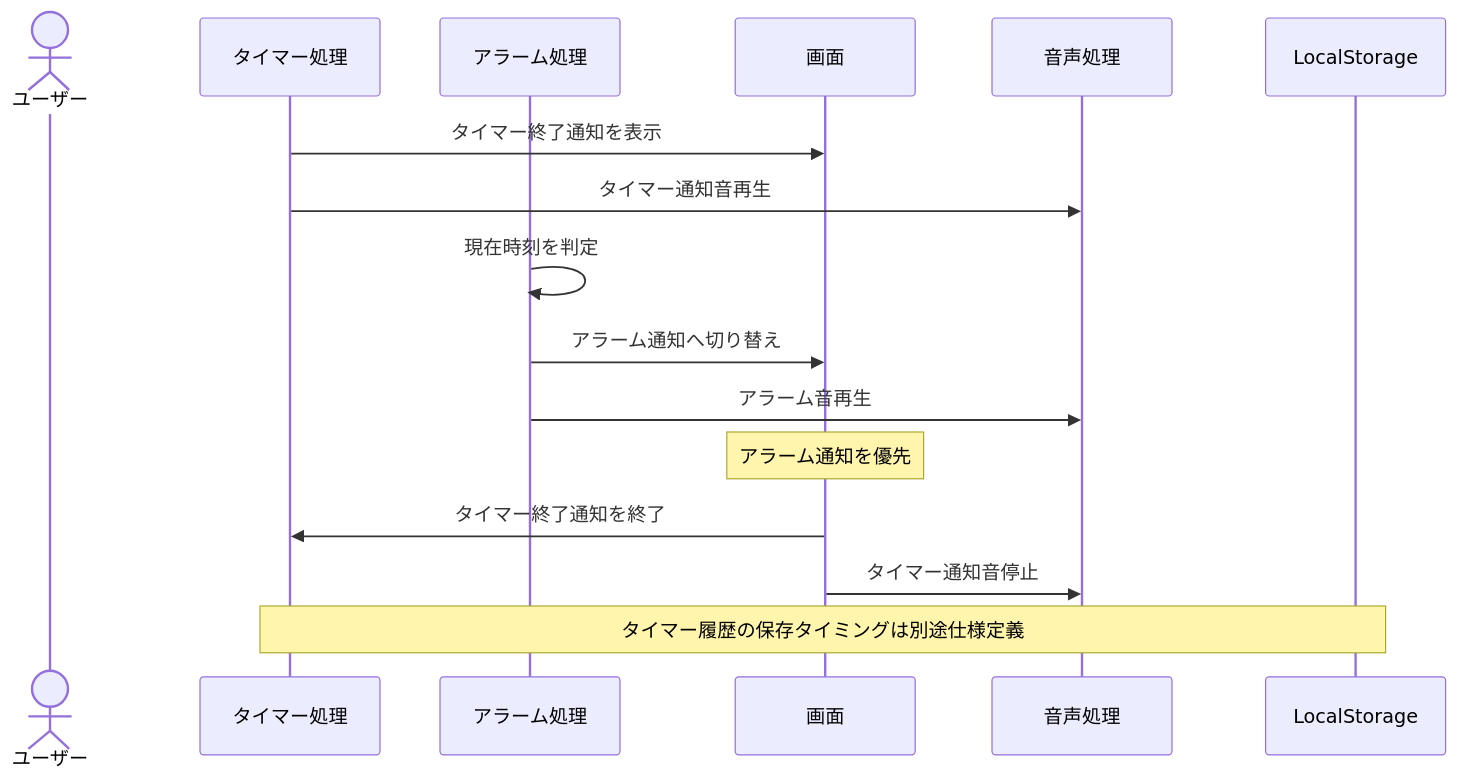
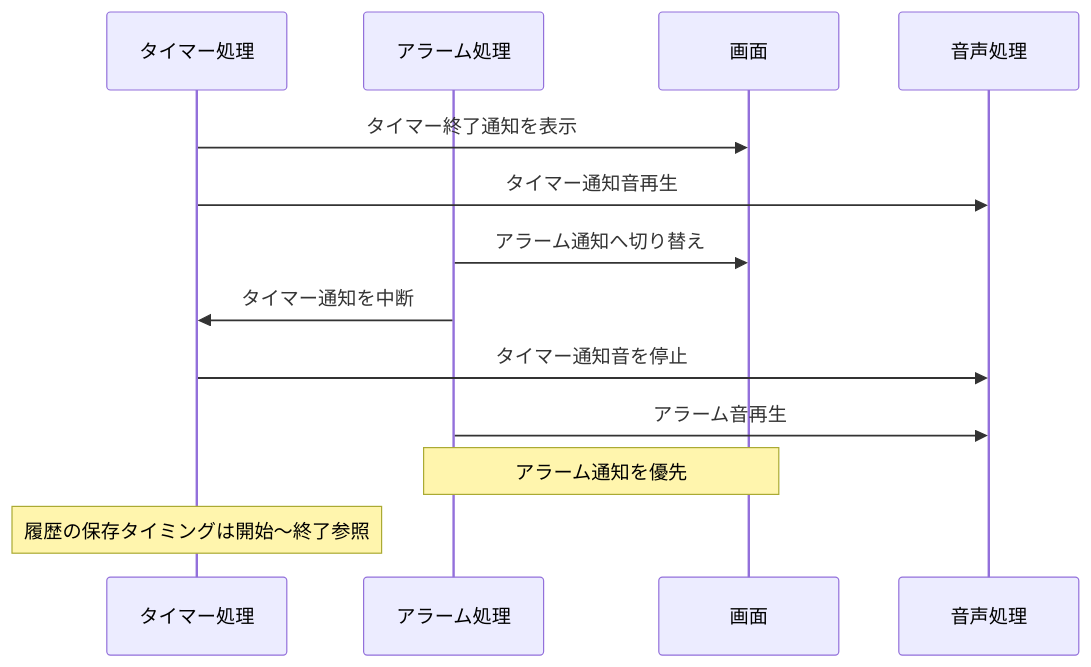
One commit to shun62201234-crypto/timerApplication changed the sixth of 6 diagrams in document/設計/シーケンス図/タイマーシーケンス図.md. Above: the diagram before and after it, drawn with Mermaid. The commit also changed other lines of this file, not shown here.

Commit message:
タイマーシーケンス図修正

````diff
--- a/document/設計/シーケンス図/タイマーシーケンス図.md
+++ b/document/設計/シーケンス図/タイマーシーケンス図.md
@@ -167,23 +143,19 @@
 ```mermaid
 sequenceDiagram
-    actor ユーザー
     participant Timer as タイマー処理
     participant Alarm as アラーム処理
     participant UI as 画面
     participant Audio as 音声処理
-    participant Storage as LocalStorage
 
     Timer->>UI: タイマー終了通知を表示
     Timer->>Audio: タイマー通知音再生
 
-    Alarm->>Alarm: 現在時刻を判定
     Alarm->>UI: アラーム通知へ切り替え
+    Alarm->>Timer: タイマー通知を中断
+    Timer->>Audio: タイマー通知音を停止
     Alarm->>Audio: アラーム音再生
 
-    Note over UI: アラーム通知を優先
+    Note over Alarm,UI: アラーム通知を優先
 
-    UI->>Timer: タイマー終了通知を終了
-    UI->>Audio: タイマー通知音停止
-
-    Note over Timer,Storage: タイマー履歴の保存タイミングは別途仕様定義
+    Note over Timer: 履歴の保存タイミングは開始～終了参照
 ```
````
